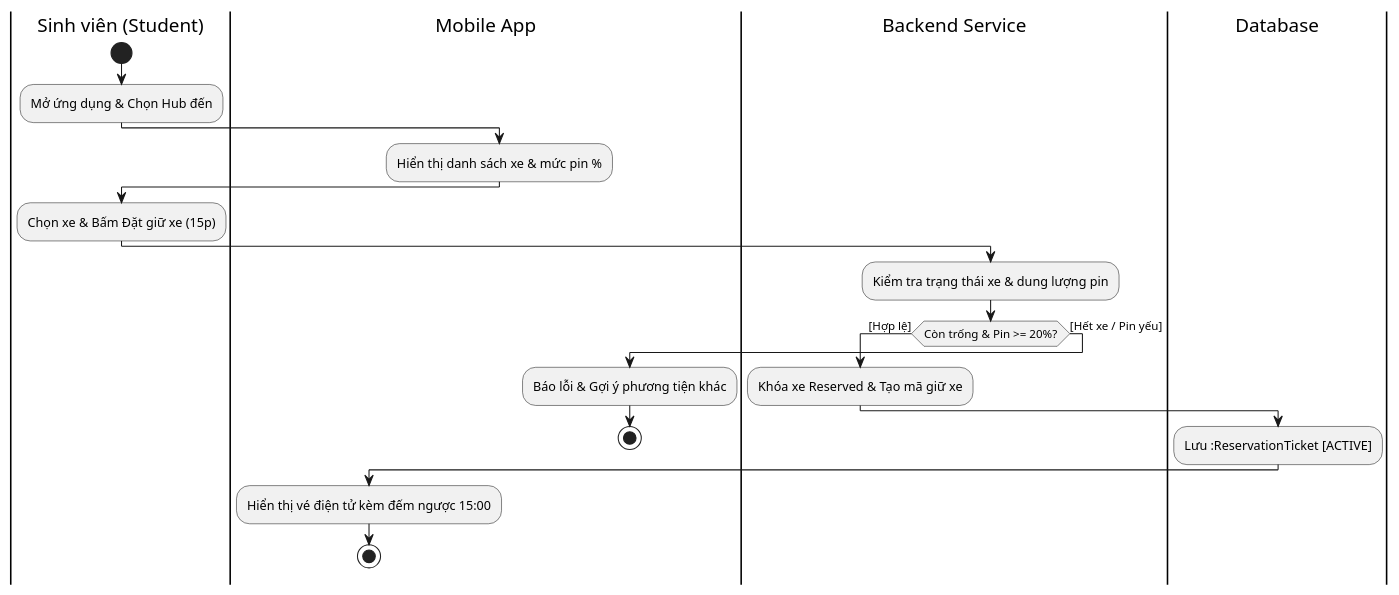
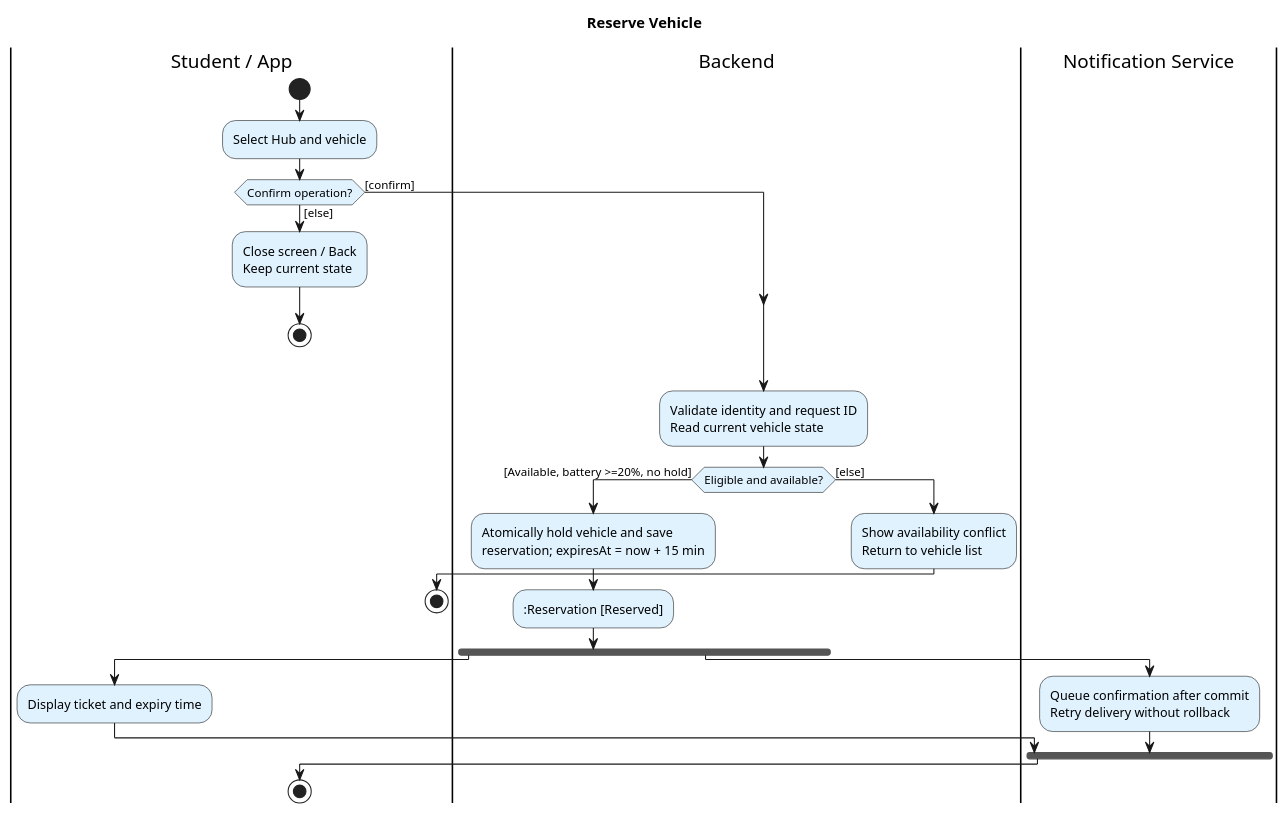
Before and after one commit to YdtTran/software-engineerning: the first of 14 diagrams in 01_Diagram/03_Activity_Diagram/PLANTUML_ACTIVITY.md, drawn with PlantUML. The commit also changed other lines of this file and 95 other files, not shown here.

Commit message:
Complete mobility lifecycles and refine activity and statechart diagrams

````diff
--- a/01_Diagram/03_Activity_Diagram/PLANTUML_ACTIVITY.md
+++ b/01_Diagram/03_Activity_Diagram/PLANTUML_ACTIVITY.md
@@ -23,28 +12,44 @@
 ```plantuml
 @startuml
-|Sinh viên (Student)|
+title Reserve Vehicle
+skinparam activity {
+  BackgroundColor #e0f2fe
+  BorderColor black
+}
+|Student / App|
 start
-:Mở ứng dụng & Chọn Hub đến;
-
-|Mobile App|
-:Hiển thị danh sách xe & mức pin %;
-
-|Sinh viên (Student)|
-:Chọn xe & Bấm Đặt giữ xe (15p);
-
-|Backend Service|
-:Kiểm tra trạng thái xe & dung lượng pin;
-if (Còn trống & Pin >= 20%?) then ([Hợp lệ])
-    :Khóa xe Reserved & Tạo mã giữ xe;
-    |Database|
-    :Lưu :ReservationTicket [ACTIVE];
-    |Mobile App|
-    :Hiển thị vé điện tử kèm đếm ngược 15:00;
-    stop
-else ([Hết xe / Pin yếu])
-    |Mobile App|
-    :Báo lỗi & Gợi ý phương tiện khác;
-    stop
+|Student / App|
+:Select Hub and vehicle;
+|Student / App|
+if (Confirm operation?) then ([confirm])
+else ([else])
+|Student / App|
+:Close screen / Back\nKeep current state;
+|Student / App|
+stop
 endif
+|Backend|
+:Validate identity and request ID\nRead current vehicle state;
+|Backend|
+if (Eligible and available?) then ([Available, battery >=20%, no hold])
+|Backend|
+:Atomically hold vehicle and save\nreservation; expiresAt = now + 15 min;
+|Backend|
+::Reservation [Reserved]; <<object>>
+|Backend|
+fork
+|Student / App|
+:Display ticket and expiry time;
+fork again
+|Notification Service|
+:Queue confirmation after commit\nRetry delivery without rollback;
+end fork
+else ([else])
+|Backend|
+:Show availability conflict\nReturn to vehicle list;
+|Student / App|
+stop
+endif
+stop
 @enduml
 ```
````
